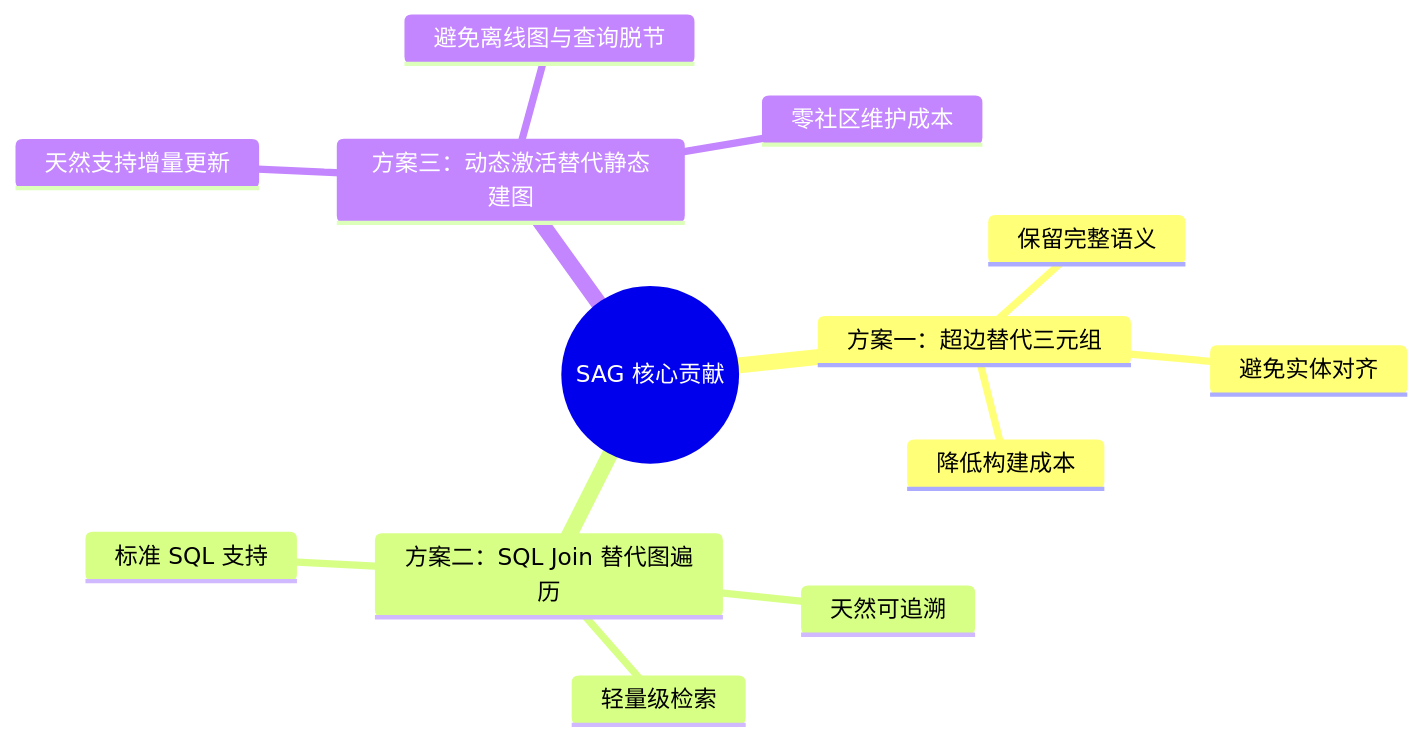
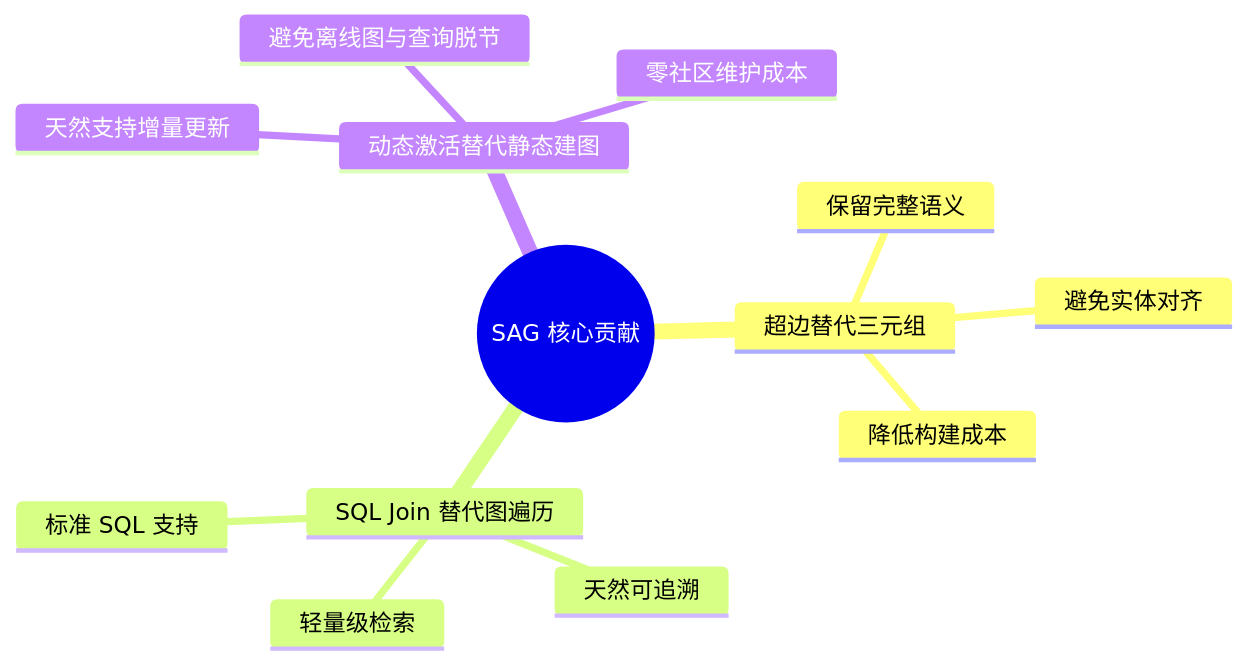
One commit to VegetableBCoder/visual-novel-translator changed the ninth of 10 diagrams in docs/讲稿_润色版.md. Above: the diagram before and after it, drawn with Mermaid. The commit also changed other lines of this file and 1 other file, not shown here.

````diff
--- a/docs/讲稿_润色版.md
+++ b/docs/讲稿_润色版.md
@@ -489,16 +505,16 @@
 ```mermaid
 mindmap
   root((SAG 核心贡献))
-    方案一：超边替代三元组
+    超边替代三元组
       保留完整语义
       避免实体对齐
       降低构建成本
-    方案二：SQL Join 替代图遍历
+    SQL Join 替代图遍历
       轻量级检索
       天然可追溯
       标准 SQL 支持
-    方案三：动态激活替代静态建图
+    动态激活替代静态建图
       天然支持增量更新
       避免离线图与查询脱节
       零社区维护成本
 ```
````
